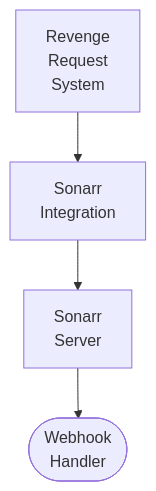
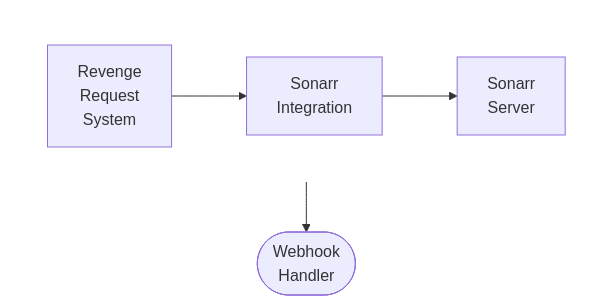
One commit to lusoris/revenge changed the diagram in docs/dev/design/integrations/servarr/SONARR.md. Above: the diagram before and after it, drawn with Mermaid. The commit also changed 210 other files, not shown here.

First line of the commit message:
feat(docs): Add horizontal layout support for Mermaid diagrams

````diff
--- a/docs/dev/design/integrations/servarr/SONARR.md
+++ b/docs/dev/design/integrations/servarr/SONARR.md
@@ -53,10 +53,16 @@
 ```mermaid
 flowchart TD
-    node1["Revenge<br/>Request<br/>System"]
-    node2["Sonarr<br/>Integration"]
-    node3["Sonarr<br/>Server"]
+    subgraph row1[ ]
+        direction LR
+        node1["Revenge<br/>Request<br/>System"]
+        node2["Sonarr<br/>Integration"]
+        node3["Sonarr<br/>Server"]
+    end
     node4(["Webhook<br/>Handler"])
     node1 --> node2
     node2 --> node3
     node3 --> node4
+
+    %% Hide row subgraph borders
+    style row1 fill:transparent,stroke:transparent
 ```
````
